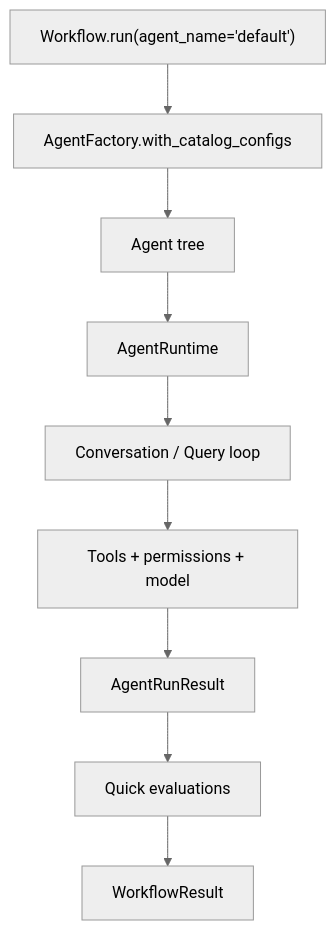
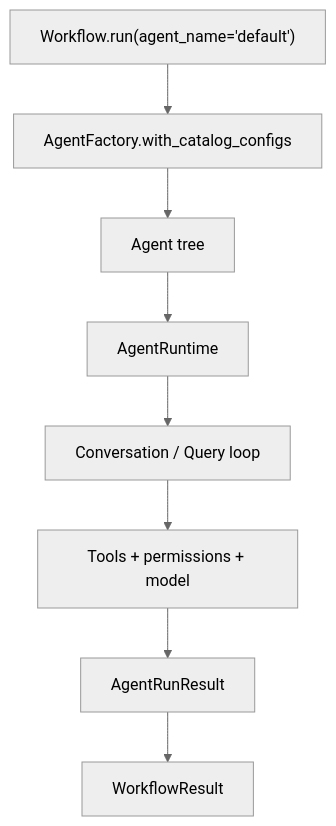
The second of 4 diagrams in docs/agent-system.md (pierg/OpenHarness), drawn with Mermaid (neutral theme) before and after one commit. The commit also changed other lines of this file and 19 other files, not shown here.

````diff
--- a/docs/agent-system.md
+++ b/docs/agent-system.md
@@ -418,11 +379,10 @@
 ```mermaid
 flowchart TD
     A["Workflow.run(agent_name='default')"] --> B["AgentFactory.with_catalog_configs"]
     B --> C["Agent tree"]
     C --> D["AgentRuntime"]
     D --> E["Conversation / Query loop"]
     E --> F["Tools + permissions + model"]
     F --> G["AgentRunResult"]
-    G --> H["Quick evaluations"]
-    H --> I["WorkflowResult"]
+    G --> H["WorkflowResult"]
 ```
````
